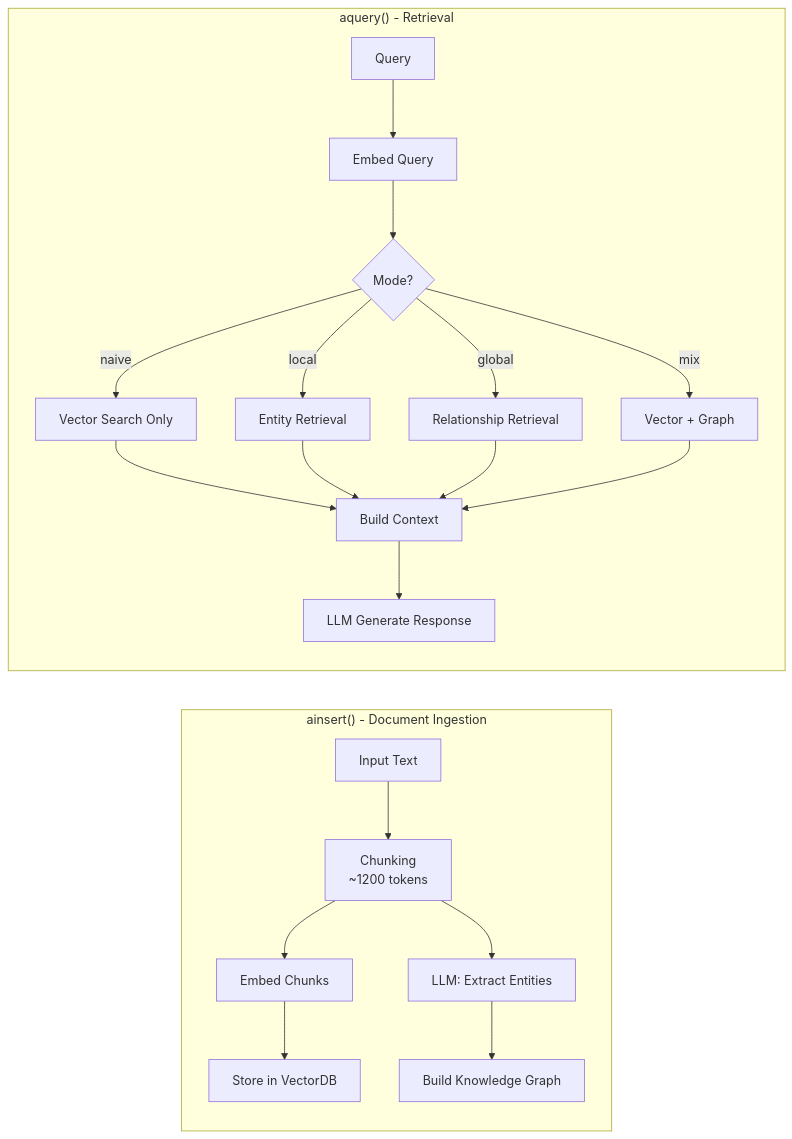
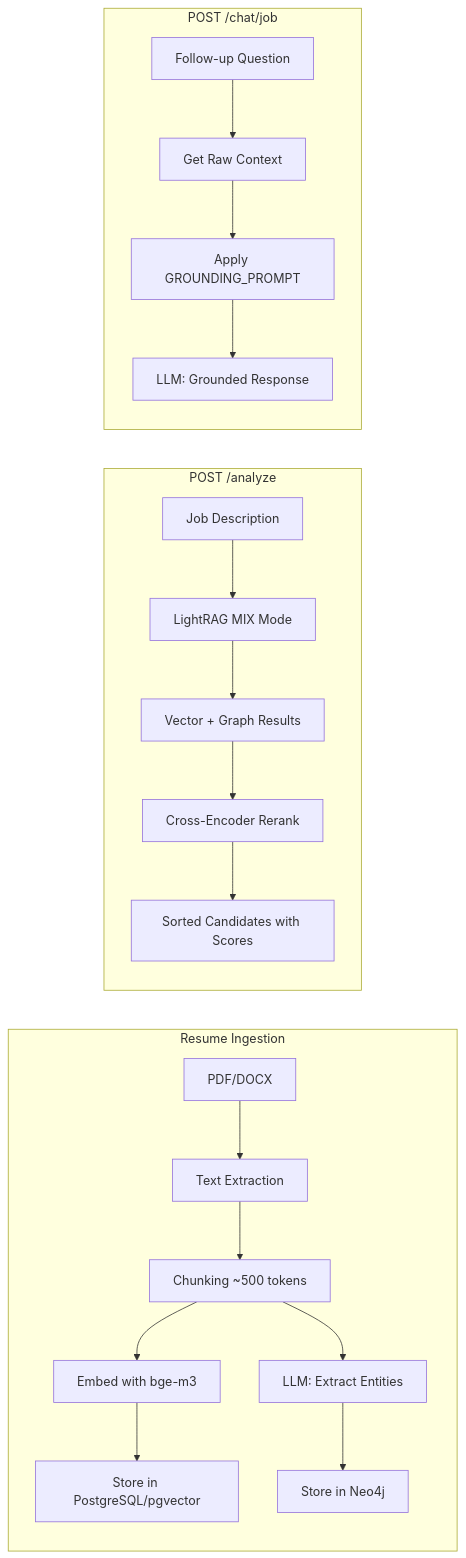
One commit to NazimRiyadh/ATS-System changed the second of 2 diagrams in Final Version/docs/ARCHITECTURE.md. Above: the diagram before and after it, drawn with Mermaid. The commit also changed other lines of this file and 63 other files, not shown here.

````diff
--- a/Final Version/docs/ARCHITECTURE.md
+++ b/Final Version/docs/ARCHITECTURE.md
@@ -218,21 +208,24 @@
 ```mermaid
 flowchart LR
-    subgraph ainsert["ainsert() - Document Ingestion"]
-        A1[Input Text] --> A2[Chunking<br/>~1200 tokens]
-        A2 --> A3[Embed Chunks]
-        A3 --> A4[Store in VectorDB]
-        A2 --> A5[LLM: Extract Entities]
-        A5 --> A6[Build Knowledge Graph]
+    subgraph ingestion["Resume Ingestion"]
+        I1[PDF/DOCX] --> I2[Text Extraction]
+        I2 --> I3[Chunking ~500 tokens]
+        I3 --> I4[Embed with bge-m3]
+        I4 --> I5[Store in PostgreSQL/pgvector]
+        I3 --> I6[LLM: Extract Entities]
+        I6 --> I7[Store in Neo4j]
     end
 
-    subgraph aquery["aquery() - Retrieval"]
-        Q1[Query] --> Q2[Embed Query]
-        Q2 --> Q3{Mode?}
-        Q3 -->|naive| Q4[Vector Search Only]
-        Q3 -->|local| Q5[Entity Retrieval]
-        Q3 -->|global| Q6[Relationship Retrieval]
-        Q3 -->|mix| Q7[Vector + Graph]
-        Q4 & Q5 & Q6 & Q7 --> Q8[Build Context]
-        Q8 --> Q9[LLM Generate Response]
+    subgraph analyze["POST /analyze"]
+        A1[Job Description] --> A2[LightRAG MIX Mode]
+        A2 --> A3[Vector + Graph Results]
+        A3 --> A4[Cross-Encoder Rerank]
+        A4 --> A5[Sorted Candidates with Scores]
+    end
+
+    subgraph chat["POST /chat/job"]
+        C1[Follow-up Question] --> C2[Get Raw Context]
+        C2 --> C3[Apply GROUNDING_PROMPT]
+        C3 --> C4[LLM: Grounded Response]
     end
 ```
````
